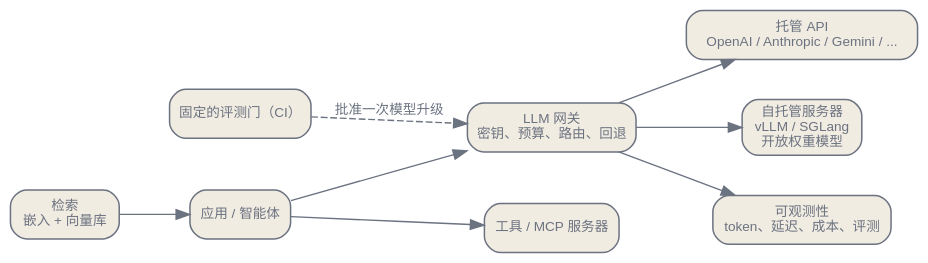
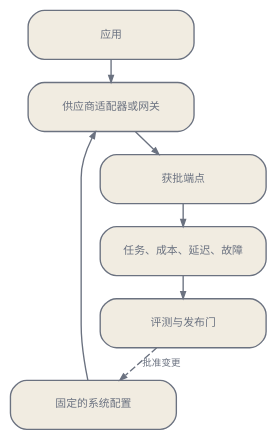
The second of 2 diagrams in zh/practice/01-choosing-a-model.qmd (latere-ai/ai-as-an-infrastructure), drawn with Graphviz before and after one commit. The commit also changed other lines of this file and 4 other files, not shown here.

````diff
--- a/zh/practice/01-choosing-a-model.qmd
+++ b/zh/practice/01-choosing-a-model.qmd
@@ -235,28 +211,25 @@
 ```{dot}
 //| label: fig-model-wiring
-//| fig-cap: "模型选择插入的位置。应用只对接网关；固定的模型 ID 和评测门坐在排行榜与生产之间。"
+//| fig-cap: "部署接缝。带版本的配置驱动适配器或网关，遥测数据送回评测门，只有获批配置才能上线。"
 digraph {
   bgcolor="transparent";
-  rankdir=LR;
-  nodesep=0.4; ranksep=0.5;
-  node [shape=box, style="rounded,filled", fontname="Helvetica", fontsize=10, color="#6b7280", fontcolor="#6b7280", fillcolor="#f1ece1", penwidth=1.1];
-  edge [fontsize=10, fontname="Helvetica", color="#6b7280", fontcolor="#6b7280"];
+  rankdir=TB;
+  nodesep=0.12; ranksep=0.2;
+  node [shape=box, style="rounded,filled", fontname="Helvetica", fontsize=8, color="#6b7280", fontcolor="#6b7280", fillcolor="#f1ece1", margin="0.05,0.03", width=1.7];
+  edge [fontsize=7, fontname="Helvetica", color="#6b7280", fontcolor="#6b7280", arrowsize=0.5];
 
-  app [label="应用 / 智能体"];
-  gw [label="LLM 网关\n密钥、预算、路由、回退"];
-  hosted [label="托管 API\nOpenAI / Anthropic / Gemini / ..."];
-  selfhost [label="自托管服务器\nvLLM / SGLang\n开放权重模型"];
-  ret [label="检索\n嵌入 + 向量库"];
-  tools [label="工具 / MCP 服务器"];
-  obs [label="可观测性\ntoken、延迟、成本、评测"];
-  eval [label="固定的评测门（CI）"];
+  app [label="应用"];
+  config [label="固定的系统配置"];
+  adapter [label="供应商适配器或网关"];
+  endpoint [label="获批端点"];
+  telemetry [label="任务、成本、延迟、故障"];
+  eval [label="评测与发布门"];
 
-  app -> gw;
-  gw -> hosted;
-  gw -> selfhost;
-  ret -> app;
-  app -> tools;
-  gw -> obs;
-  eval -> gw [style=dashed, label="批准一次模型升级"];
+  app -> adapter;
+  config -> adapter;
+  adapter -> endpoint;
+  endpoint -> telemetry;
+  telemetry -> eval;
+  eval -> config [style=dashed, label="批准变更"];
 }
 ```
````
